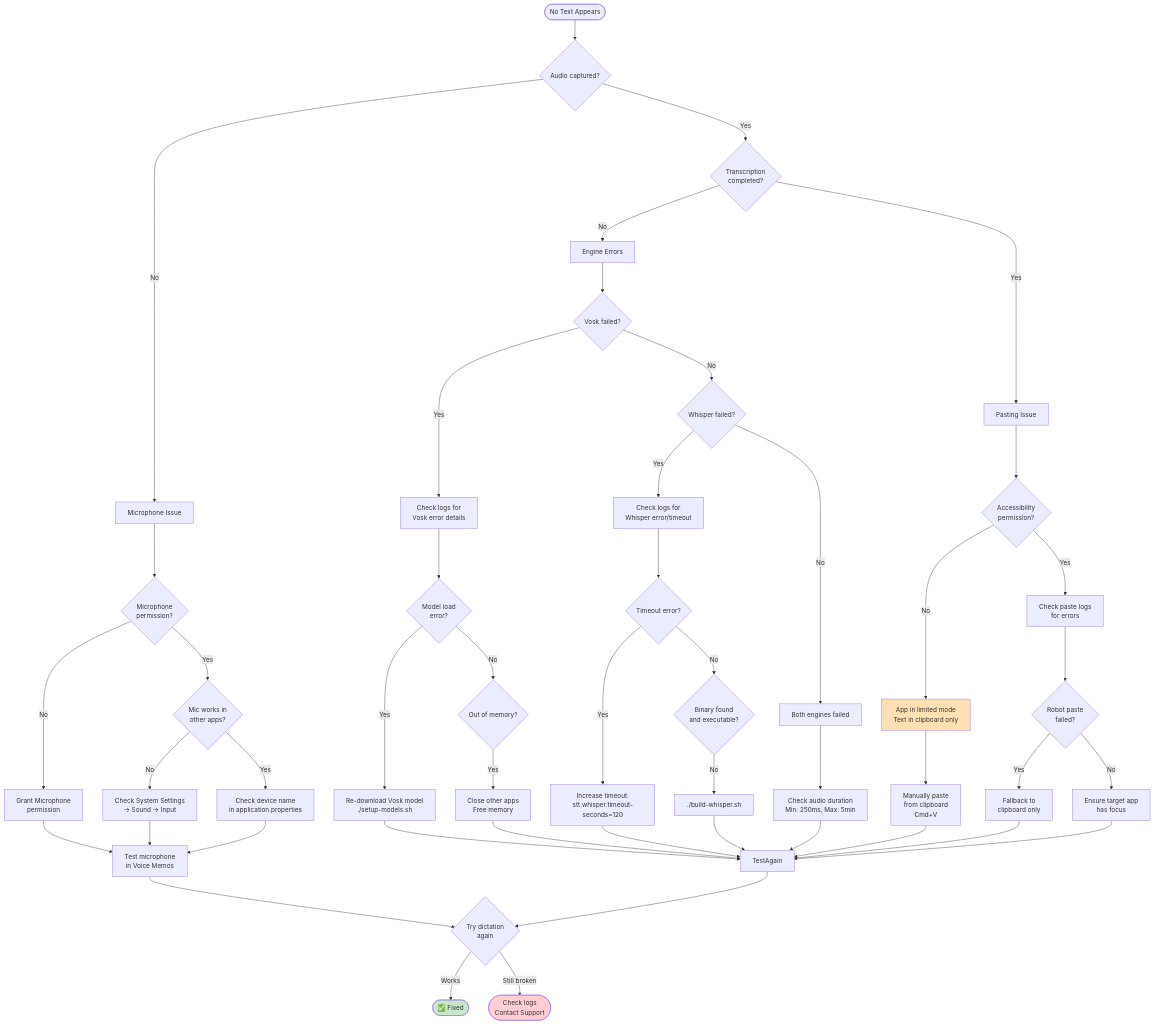
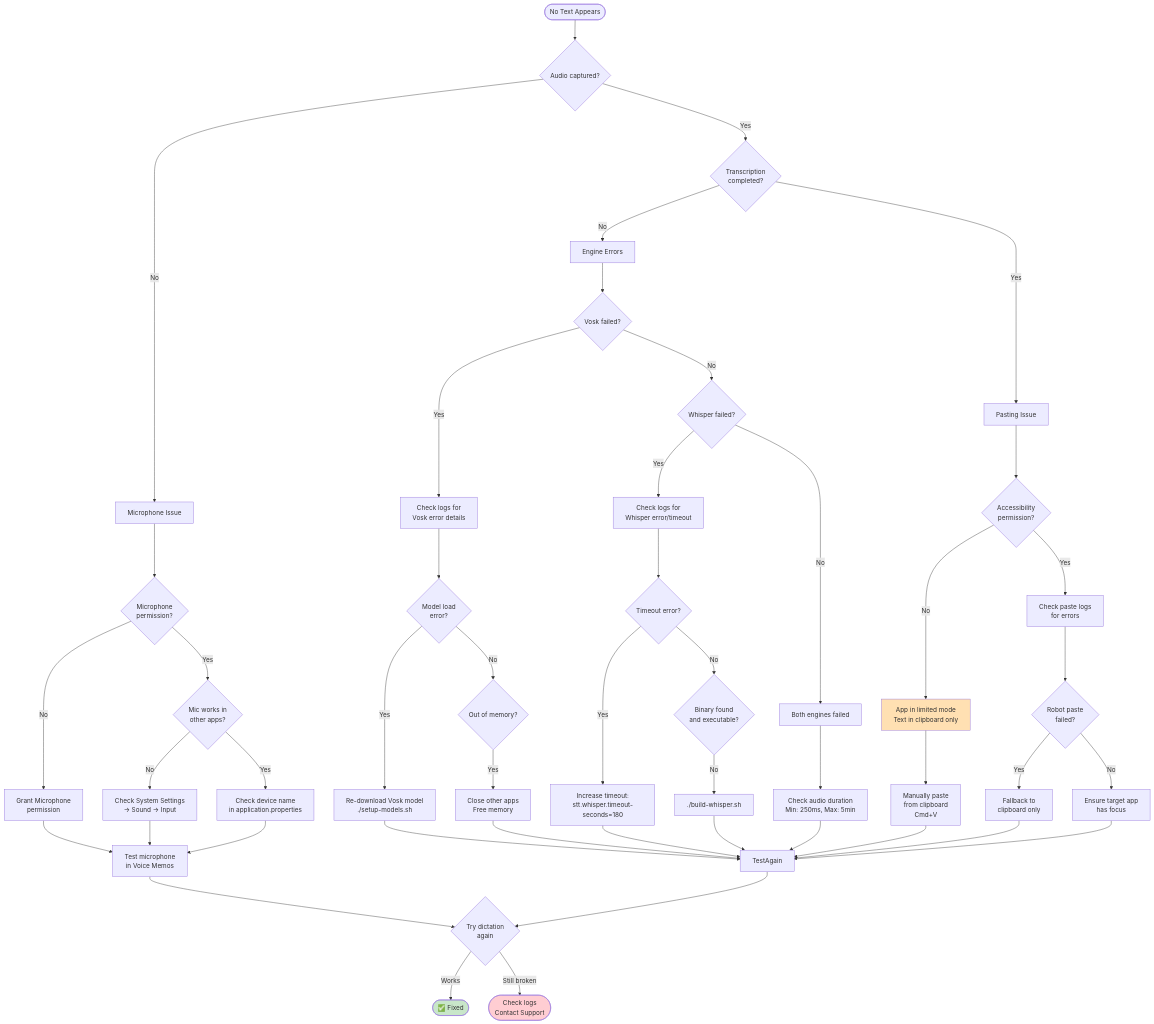
One commit to phillippitts/blckvox changed the fourth of 7 diagrams in docs/diagrams/troubleshooting-guide.md. Above: the diagram before and after it, drawn with Mermaid. The commit also changed other lines of this file and 18 other files, not shown here.

````diff
--- a/docs/diagrams/troubleshooting-guide.md
+++ b/docs/diagrams/troubleshooting-guide.md
@@ -131,65 +131,65 @@
 ```mermaid
 flowchart TD
     Start([No Text Appears]) --> Audio{Audio captured?}
 
     Audio -->|No| Mic[Microphone Issue]
     Audio -->|Yes| Trans{Transcription<br/>completed?}
 
     Mic --> MicPerm{Microphone<br/>permission?}
     MicPerm -->|No| GrantMic[Grant Microphone<br/>permission]
     MicPerm -->|Yes| MicWork{Mic works in<br/>other apps?}
     MicWork -->|No| SysMic[Check System Settings<br/>→ Sound → Input]
     MicWork -->|Yes| DeviceName[Check device name<br/>in application.properties]
 
     Trans -->|No| EngineErr[Engine Errors]
     Trans -->|Yes| Paste[Pasting Issue]
 
     EngineErr --> VoskErr{Vosk failed?}
     VoskErr -->|Yes| VoskLog[Check logs for<br/>Vosk error details]
     VoskErr -->|No| WhisperErr{Whisper failed?}
     WhisperErr -->|Yes| WhisperLog[Check logs for<br/>Whisper error/timeout]
     WhisperErr -->|No| BothFail[Both engines failed]
 
     VoskLog --> ModelIssue{Model load<br/>error?}
     ModelIssue -->|Yes| RedownloadVosk[Re-download Vosk model<br/>./setup-models.sh]
     ModelIssue -->|No| VoskOOM{Out of memory?}
     VoskOOM -->|Yes| CloseApps[Close other apps<br/>Free memory]
 
     WhisperLog --> Timeout{Timeout error?}
-    Timeout -->|Yes| IncTimeout[Increase timeout:<br/>stt.whisper.timeout-seconds=120]
+    Timeout -->|Yes| IncTimeout[Increase timeout:<br/>stt.whisper.timeout-seconds=180]
     Timeout -->|No| WhisperBin{Binary found<br/>and executable?}
     WhisperBin -->|No| RebuildWhisper[./build-whisper.sh]
 
     BothFail --> CheckAudioDur[Check audio duration<br/>Min: 250ms, Max: 5min]
 
     Paste --> AccPerm{Accessibility<br/>permission?}
     AccPerm -->|No| Limited[App in limited mode<br/>Text in clipboard only]
     AccPerm -->|Yes| PasteLog[Check paste logs<br/>for errors]
 
     Limited --> Manual[Manually paste<br/>from clipboard<br/>Cmd+V]
     PasteLog --> RobotFail{Robot paste<br/>failed?}
     RobotFail -->|Yes| ClipOnly[Fallback to<br/>clipboard only]
     RobotFail -->|No| AppFocus[Ensure target app<br/>has focus]
 
     GrantMic --> TestMic[Test microphone<br/>in Voice Memos]
     SysMic --> TestMic
     DeviceName --> TestMic
     RedownloadVosk --> TestAgain
     CloseApps --> TestAgain
     IncTimeout --> TestAgain
     RebuildWhisper --> TestAgain
     CheckAudioDur --> TestAgain
     Manual --> TestAgain
     ClipOnly --> TestAgain
     AppFocus --> TestAgain
 
     TestMic --> Retry{Try dictation<br/>again}
     TestAgain --> Retry
 
     Retry -->|Works| Fixed([✅ Fixed])
     Retry -->|Still broken| Support([Check logs<br/>Contact Support])
 
     style Fixed fill:#c8e6c9
     style Support fill:#ffcdd2
     style Limited fill:#ffe0b2
 ```
````
